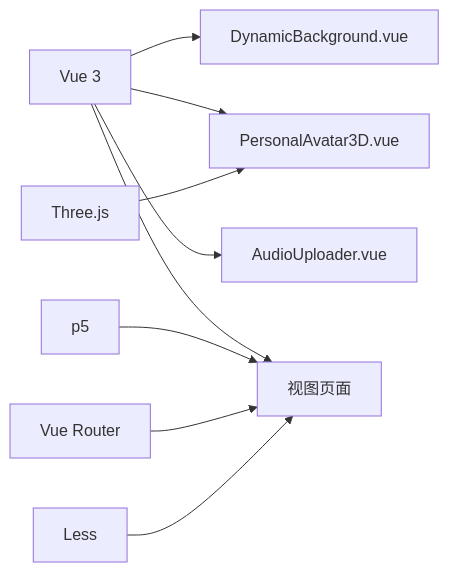
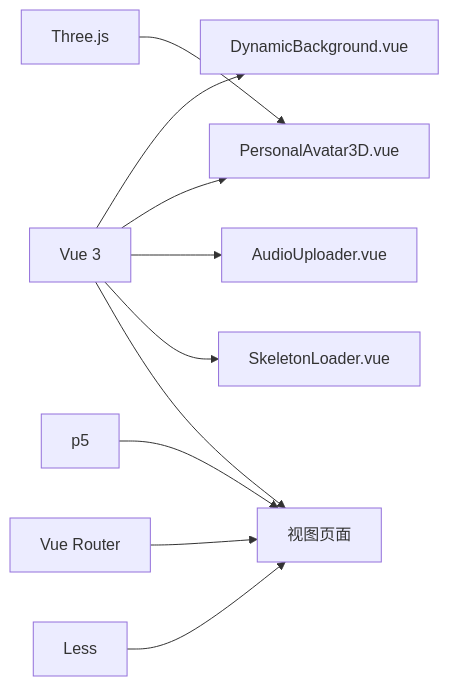
The seventh of 7 diagrams in .qoder/repowiki/zh/content/核心组件/核心组件.md (yuyezhizhi/yuyezhizhi.github.io), drawn with Mermaid before and after one commit. The commit also changed other lines of this file and 9 other files, not shown here.

````diff
--- a/.qoder/repowiki/zh/content/核心组件/核心组件.md
+++ b/.qoder/repowiki/zh/content/核心组件/核心组件.md
@@ -306,11 +366,12 @@
 ```mermaid
 graph LR
 Vue["Vue 3"] --> CompDyn["DynamicBackground.vue"]
 Vue --> Comp3D["PersonalAvatar3D.vue"]
 Vue --> CompAudio["AudioUploader.vue"]
+Vue --> CompSkel["SkeletonLoader.vue"]
 Vue --> Views["视图页面"]
 Three["Three.js"] --> Comp3D
 p5["p5"] --> Views
 Router["Vue Router"] --> Views
 Less["Less"] --> Views
 ```
````
